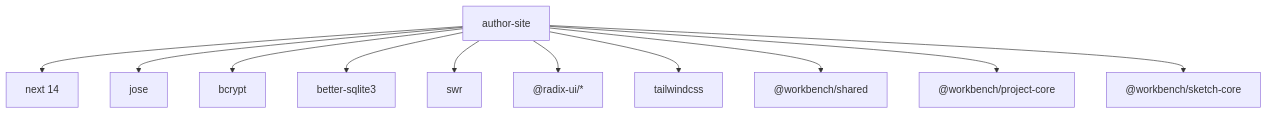
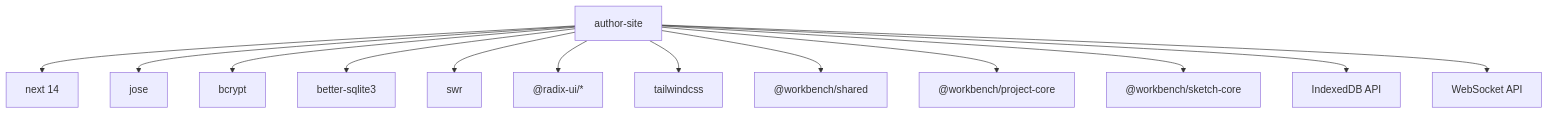
Diagram 14 of 14 in .qoder/repowiki/zh/content/前端应用/创作端应用 (Author Site)/创作端应用 (Author Site).md (qihaogithub/workbench), drawn with Mermaid before and after one commit. The commit also changed other lines of this file and 448 other files, not shown here.

````diff
--- a/.qoder/repowiki/zh/content/前端应用/创作端应用 (Author Site)/创作端应用 (Author Site).md
+++ b/.qoder/repowiki/zh/content/前端应用/创作端应用 (Author Site)/创作端应用 (Author Site).md
@@ -335,13 +581,15 @@
 ```mermaid
 graph TB
 Author["author-site"] --> Next["next 14"]
 Author --> Jose["jose"]
 Author --> Bcrypt["bcrypt"]
 Author --> SQLite["better-sqlite3"]
 Author --> SWR["swr"]
 Author --> Radix["@radix-ui/*"]
 Author --> Tailwind["tailwindcss"]
 Author --> Shared["@workbench/shared"]
 Author --> ProjectCore["@workbench/project-core"]
 Author --> SketchCore["@workbench/sketch-core"]
+Author --> IndexedDB["IndexedDB API"]
+Author --> WebSocket["WebSocket API"]
 ```
````
